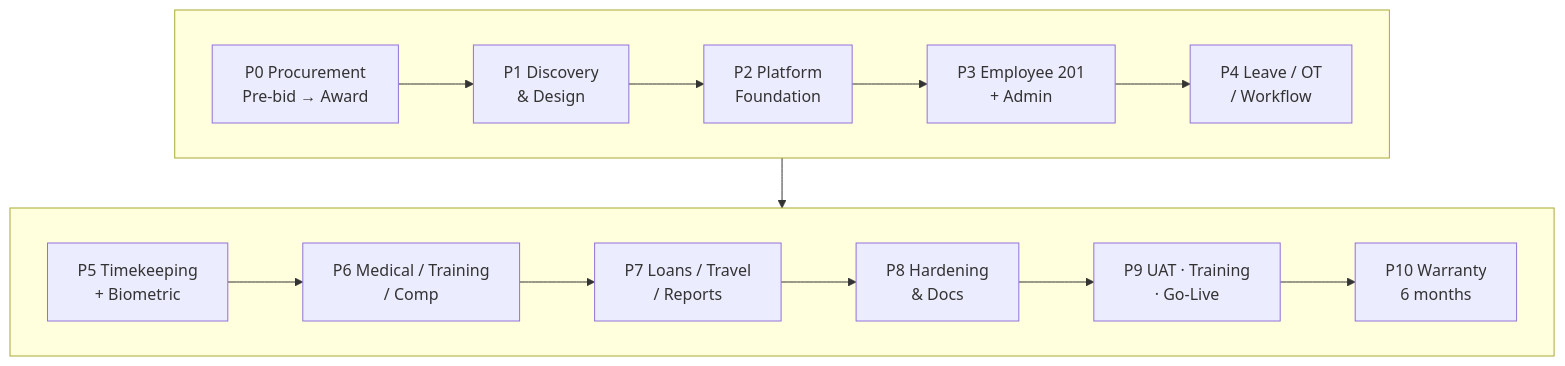
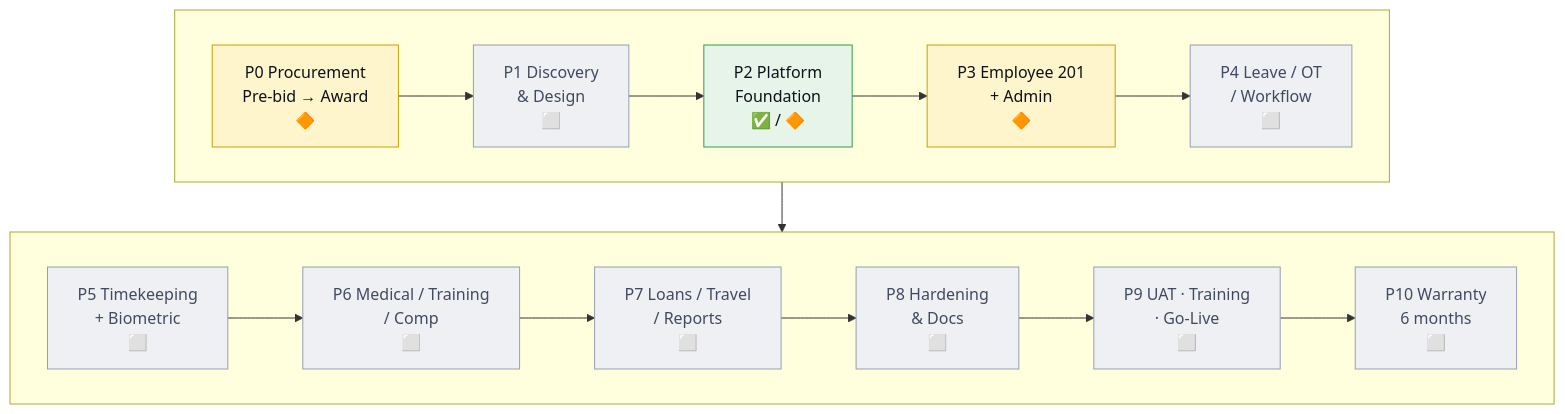
The first of 4 diagrams in docs/PROJECT_PLAN.md (landogz/PCSPC), drawn with Mermaid before and after one commit. The commit also changed other lines of this file and 84 other files, not shown here.

````diff
--- a/docs/PROJECT_PLAN.md
+++ b/docs/PROJECT_PLAN.md
@@ -15,19 +36,26 @@
 ```mermaid
 flowchart TB
   subgraph R1[" "]
     direction LR
-    P0["P0 Procurement<br/>Pre-bid → Award"] --> P1["P1 Discovery<br/>& Design"]
-    P1 --> P2["P2 Platform<br/>Foundation"]
-    P2 --> P3["P3 Employee 201<br/>+ Admin"]
-    P3 --> P4["P4 Leave / OT<br/>/ Workflow"]
+    P0["P0 Procurement<br/>Pre-bid → Award<br/>🔶"] --> P1["P1 Discovery<br/>& Design<br/>⬜"]
+    P1 --> P2["P2 Platform<br/>Foundation<br/>✅ / 🔶"]
+    P2 --> P3["P3 Employee 201<br/>+ Admin<br/>🔶"]
+    P3 --> P4["P4 Leave / OT<br/>/ Workflow<br/>⬜"]
   end
   subgraph R2[" "]
     direction LR
-    P5["P5 Timekeeping<br/>+ Biometric"] --> P6["P6 Medical / Training<br/>/ Comp"]
-    P6 --> P7["P7 Loans / Travel<br/>/ Reports"]
-    P7 --> P8["P8 Hardening<br/>& Docs"]
-    P8 --> P9["P9 UAT · Training<br/>· Go-Live"]
-    P9 --> P10["P10 Warranty<br/>6 months"]
+    P5["P5 Timekeeping<br/>+ Biometric<br/>⬜"] --> P6["P6 Medical / Training<br/>/ Comp<br/>⬜"]
+    P6 --> P7["P7 Loans / Travel<br/>/ Reports<br/>⬜"]
+    P7 --> P8["P8 Hardening<br/>& Docs<br/>⬜"]
+    P8 --> P9["P9 UAT · Training<br/>· Go-Live<br/>⬜"]
+    P9 --> P10["P10 Warranty<br/>6 months<br/>⬜"]
   end
   R1 --> R2
+
+  classDef done fill:#e6f4ea,stroke:#2f9e44,color:#0e1218
+  classDef partial fill:#fff5cc,stroke:#c9a000,color:#0e1218
+  classDef todo fill:#eef0f3,stroke:#94a0b0,color:#404a60
+  class P2 done
+  class P0,P3 partial
+  class P1,P4,P5,P6,P7,P8,P9,P10 todo
 ```
````
